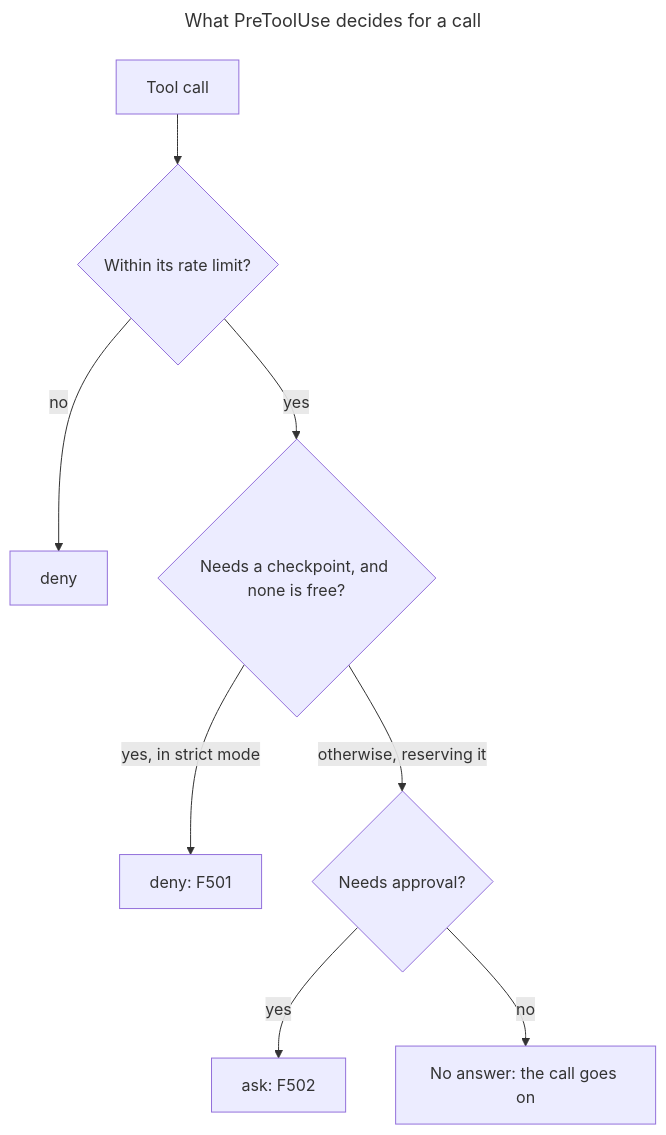
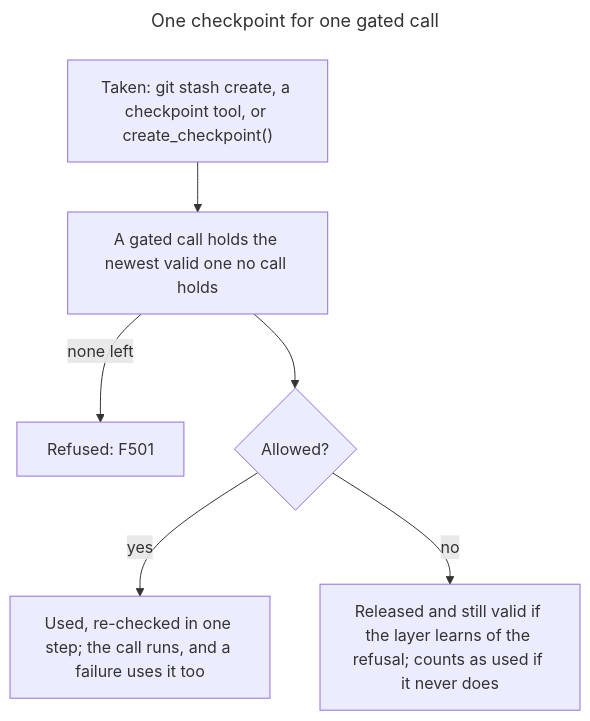
Before and after one commit to synaptiai/agent-capability-standard: the first of 4 diagrams in docs/integrations/claude_agent_sdk.md, drawn with Mermaid. The commit also changed other lines of this file and 13 other files, not shown here.

````diff
--- a/docs/integrations/claude_agent_sdk.md
+++ b/docs/integrations/claude_agent_sdk.md
@@ -339,14 +265,12 @@
 ```mermaid
 ---
-title: What PreToolUse decides for a call
+title: One checkpoint for one gated call
 ---
 flowchart TB
-  accDescr: A call over its risk level's rate limit is denied. A call that needs a checkpoint reserves a valid checkpoint no other call holds for its tool_use_id; without one, strict mode denies it with F501 and non-strict mode logs a warning. A call that needs approval is then answered ask with F502. Any other call gets no answer from the hook and goes on.
-  call[Tool call] --> rate{"Within its rate limit?"}
-  rate -->|no| d1[deny]
-  rate -->|yes| cp{"Needs a checkpoint, and none is free?"}
-  cp -->|"yes, in strict mode"| d2["deny: F501"]
-  cp -->|"otherwise, reserving it"| ap{"Needs approval?"}
-  ap -->|yes| ask["ask: F502"]
-  ap -->|no| none["No answer: the call goes on"]
+  accDescr: A checkpoint is taken by a call that saves the state or by the host. A gated call holds the newest valid checkpoint no other call holds; without one it is refused with F501. When the call is allowed, the hold is re-checked and used in one step; a refusal the layer learns of releases it. A call that started uses it whatever its outcome. A hold that lapses or is never resolved counts as used, and a turn's end ends every checkpoint's validity.
+  take["Taken: git stash create, a checkpoint tool, or create_checkpoint()"] --> hold["A gated call holds the newest valid one no call holds"]
+  hold -->|none left| f501["Refused: F501"]
+  hold --> allow{"Allowed?"}
+  allow -->|yes| use["Used, re-checked in one step; the call runs, and a failure uses it too"]
+  allow -->|no| back["Released and still valid if the layer learns of the refusal; counts as used if it never does"]
 ```
````
